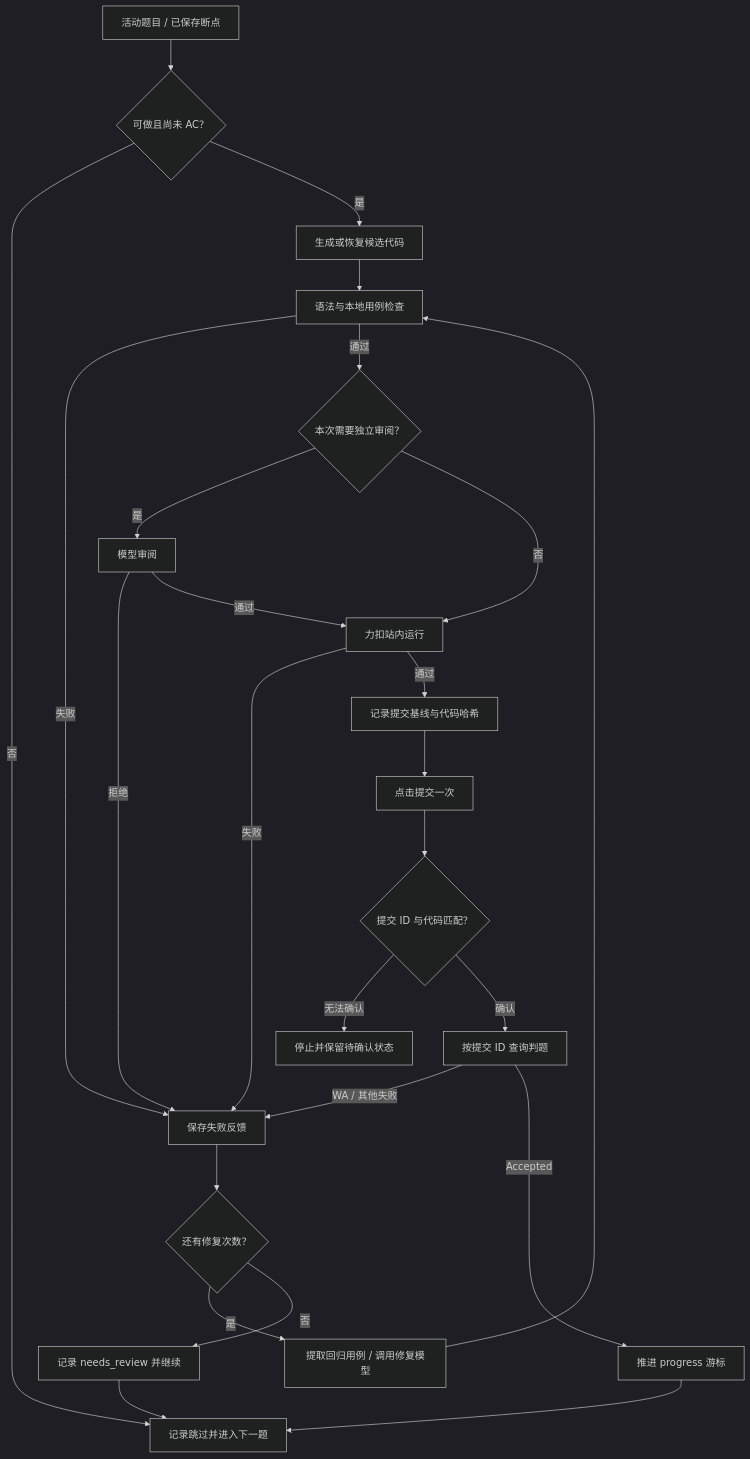
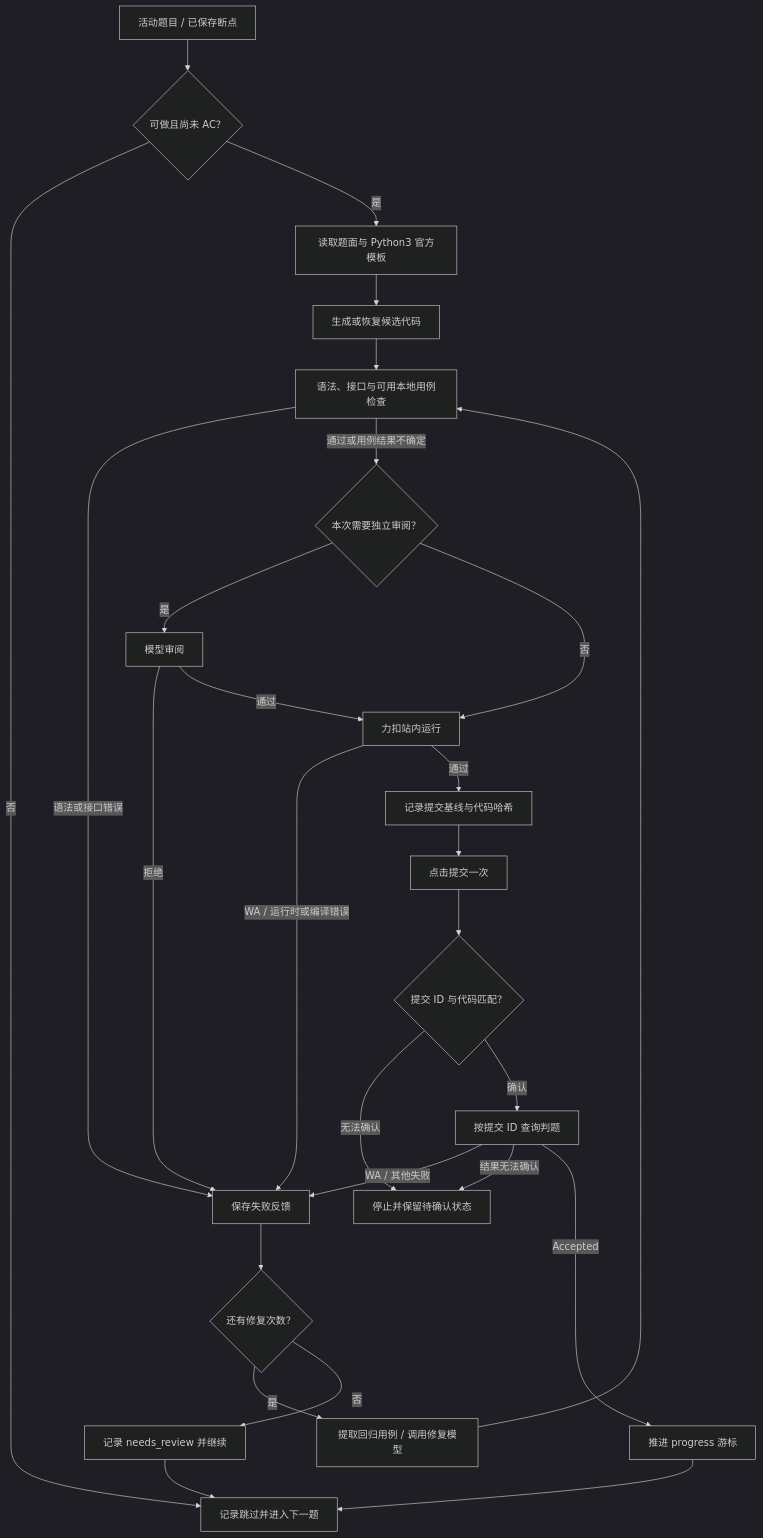
Before and after one commit to CloudYume/Agent4PS: the second of 2 diagrams in README.md, drawn with Mermaid (dark theme). The commit also changed other lines of this file and 11 other files, not shown here.

Commit message:
Improve local validation and judge feedback handling

````diff
--- a/README.md
+++ b/README.md
@@ -44,27 +48,29 @@
 ```mermaid
 flowchart TD
     start["活动题目 / 已保存断点"] --> select{"可做且尚未 AC？"}
     select -- "否" --> next["记录跳过并进入下一题"]
-    select -- "是" --> candidate["生成或恢复候选代码"]
-    candidate --> local["语法与本地用例检查"]
-    local -- "失败" --> feedback["保存失败反馈"]
-    local -- "通过" --> review{"本次需要独立审阅？"}
+    select -- "是" --> statement["读取题面与 Python3 官方模板"]
+    statement --> candidate["生成或恢复候选代码"]
+    candidate --> local["语法、接口与可用本地用例检查"]
+    local -- "语法或接口错误" --> feedback["保存失败反馈"]
+    local -- "通过或用例结果不确定" --> review{"本次需要独立审阅？"}
     review -- "是" --> modelReview["模型审阅"]
     review -- "否" --> run["力扣站内运行"]
     modelReview -- "拒绝" --> feedback
     modelReview -- "通过" --> run
-    run -- "失败" --> feedback
+    run -- "WA / 运行时或编译错误" --> feedback
     run -- "通过" --> baseline["记录提交基线与代码哈希"]
     baseline --> submit["点击提交一次"]
     submit --> receipt{"提交 ID 与代码匹配？"}
     receipt -- "无法确认" --> stop["停止并保留待确认状态"]
     receipt -- "确认" --> judge["按提交 ID 查询判题"]
     judge -- "WA / 其他失败" --> feedback
+    judge -- "结果无法确认" --> stop
     judge -- "Accepted" --> advance["推进 progress 游标"]
     advance --> next
     feedback --> budget{"还有修复次数？"}
     budget -- "是" --> repair["提取回归用例 / 调用修复模型"]
     repair --> local
     budget -- "否" --> reviewLater["记录 needs_review 并继续"]
     reviewLater --> next
 ```
````
